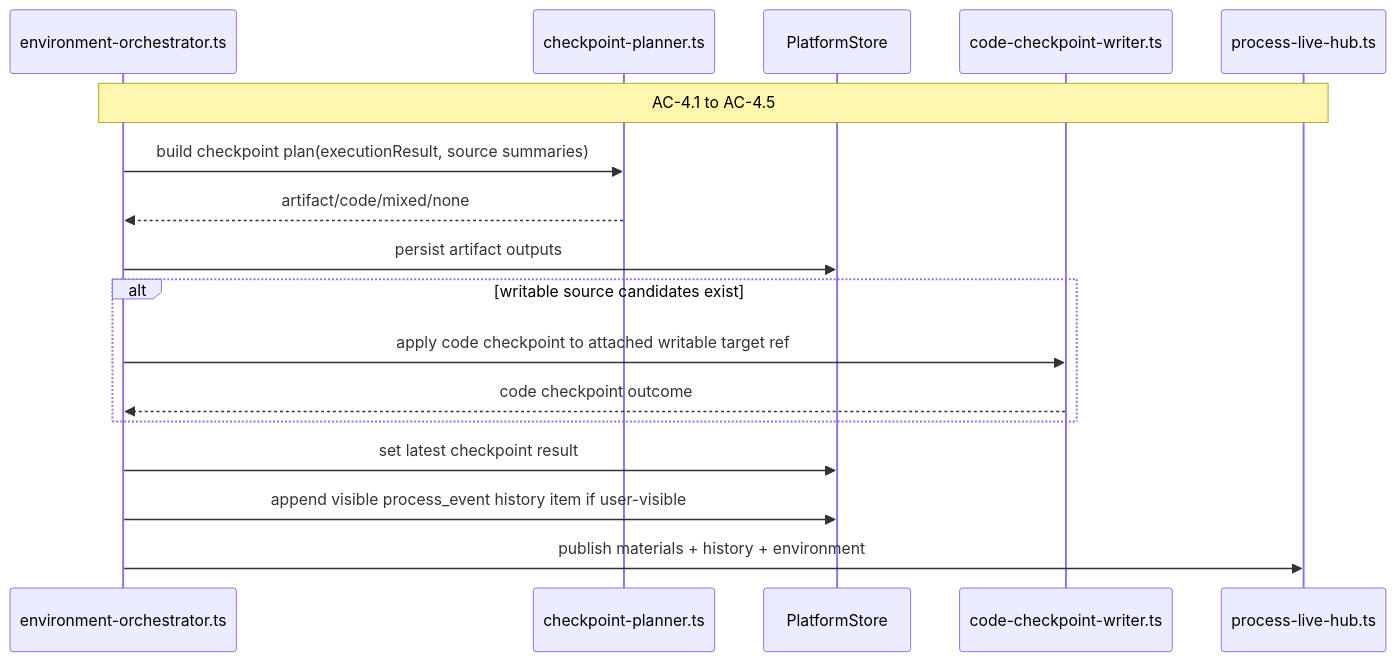
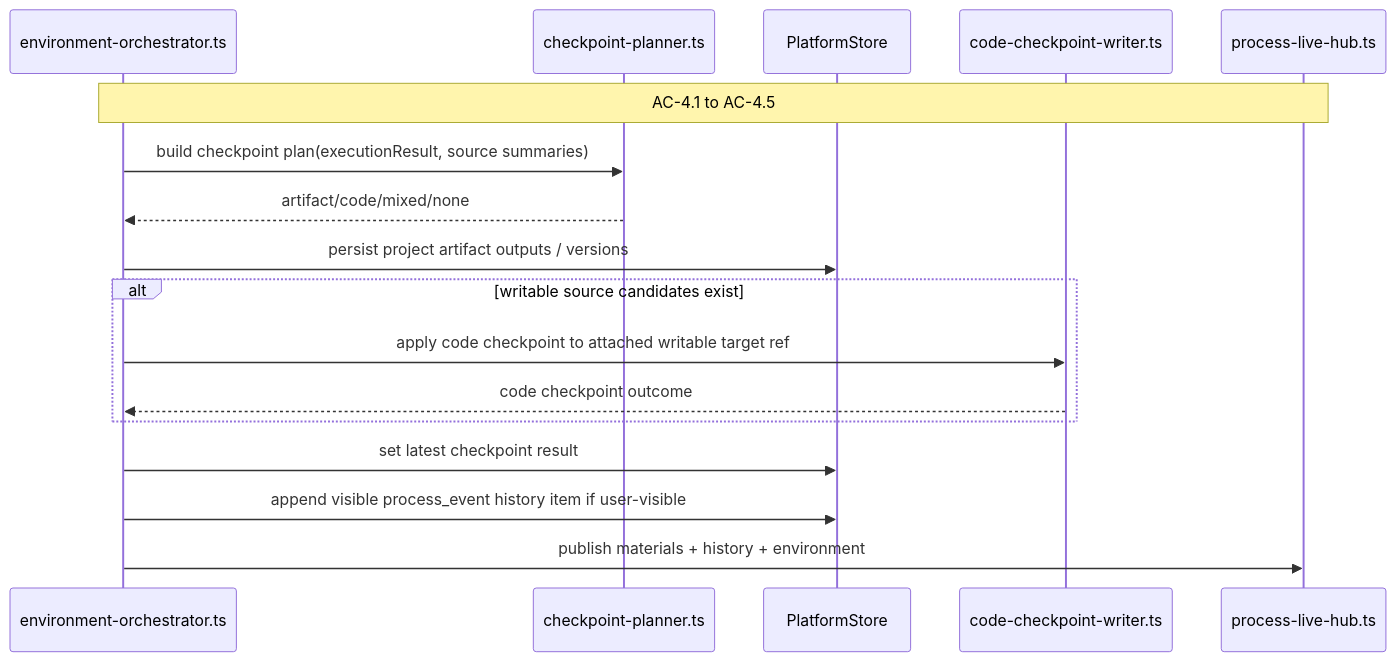
One commit to liminal-ai/liminal-build changed the fifth of 7 diagrams in docs/spec-build/v2/epics/03--process-environment-and-controlled-execution/tech-design-server.md. Above: the diagram before and after it, drawn with Mermaid. The commit also changed other lines of this file and 70 other files, not shown here.

````diff
--- a/docs/spec-build/v2/epics/03--process-environment-and-controlled-execution/tech-design-server.md
+++ b/docs/spec-build/v2/epics/03--process-environment-and-controlled-execution/tech-design-server.md
@@ -903,20 +926,20 @@
 ```mermaid
 sequenceDiagram
     participant Orch as environment-orchestrator.ts
     participant Planner as checkpoint-planner.ts
     participant Store as PlatformStore
     participant Git as code-checkpoint-writer.ts
     participant Live as process-live-hub.ts
 
     Note over Orch,Live: AC-4.1 to AC-4.5
     Orch->>Planner: build checkpoint plan(executionResult, source summaries)
     Planner-->>Orch: artifact/code/mixed/none
-    Orch->>Store: persist artifact outputs
+    Orch->>Store: persist project artifact outputs / versions
     alt writable source candidates exist
         Orch->>Git: apply code checkpoint to attached writable target ref
         Git-->>Orch: code checkpoint outcome
     end
     Orch->>Store: set latest checkpoint result
     Orch->>Store: append visible process_event history item if user-visible
     Orch->>Live: publish materials + history + environment
 ```
````
